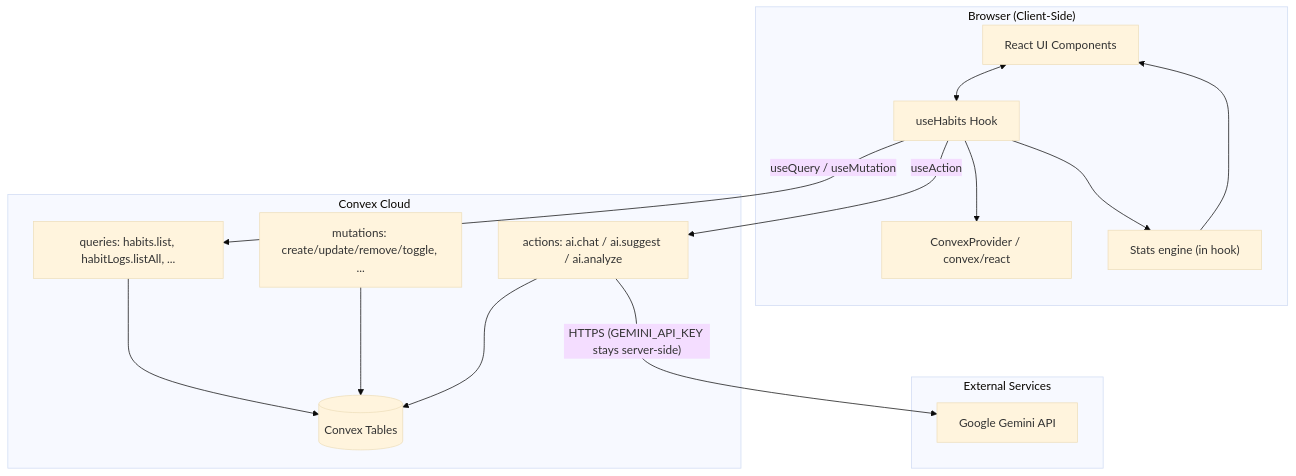
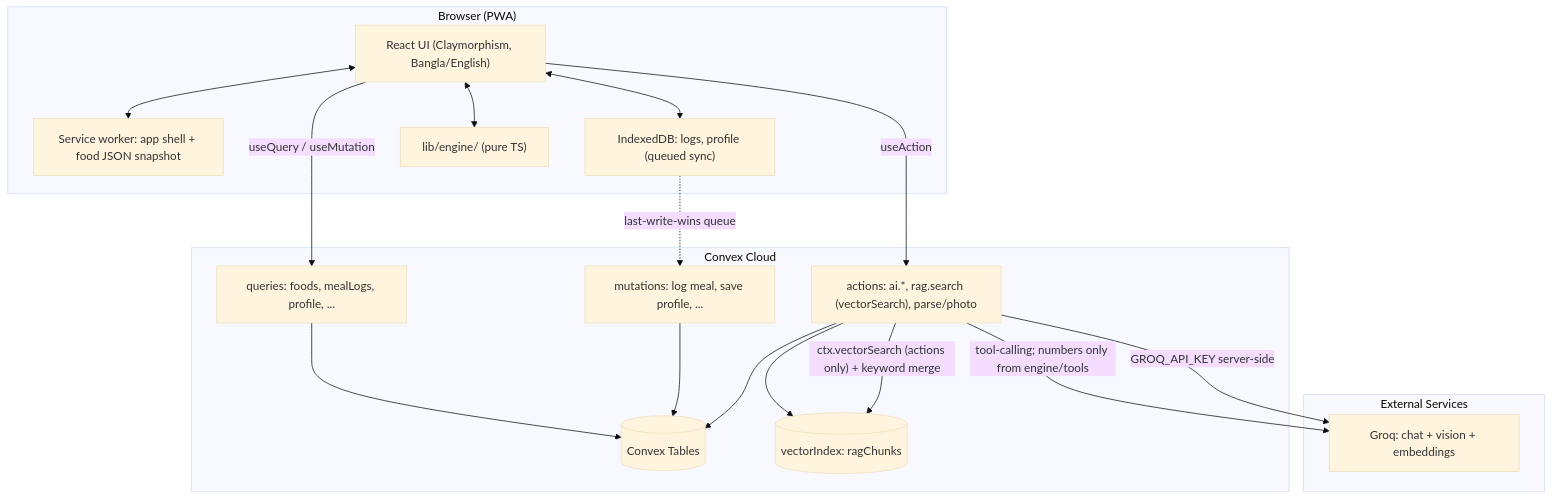
The first of 5 diagrams in docs/ARCHITECTURE.md (Moballig/habitforge), drawn with Mermaid (base theme) before and after one commit. The commit also changed other lines of this file and 5 other files, not shown here.

````diff
--- a/docs/ARCHITECTURE.md
+++ b/docs/ARCHITECTURE.md
@@ -14,33 +14,35 @@
 ```mermaid
 flowchart TB
-    subgraph Client["Browser (Client-Side)"]
-        UI["React UI Components"]
-        Hook["useHabits Hook"]
-        CXP["ConvexProvider / convex/react"]
-        Stats["Stats engine (in hook)"]
-
-        UI <--> Hook
-        Hook --> CXP
-        Hook --> Stats
-        Stats --> UI
+    subgraph Client["Browser (PWA)"]
+        UI["React UI (Claymorphism, Bangla/English)"]
+        SW["Service worker: app shell + food JSON snapshot"]
+        IDB["IndexedDB: logs, profile (queued sync)"]
+        Eng["lib/engine/ (pure TS)"]
+        UI <--> SW
+        UI <--> IDB
+        UI <--> Eng
     end
 
     subgraph Convex["Convex Cloud"]
-        Q["queries: habits.list, habitLogs.listAll, ..."]
-        M["mutations: create/update/remove/toggle, ..."]
-        A["actions: ai.chat / ai.suggest / ai.analyze"]
-        DB[(Convex Tables)]
-
-        Q --> DB
-        M --> DB
-        A --> DB
+        Q["queries: foods, mealLogs, profile, ..."]
+        M["mutations: log meal, save profile, ..."]
+        A["actions: ai.*, rag.search (vectorSearch), parse/photo"]
+        Tables[(Convex Tables)]
+        VI[("vectorIndex: ragChunks")]
+        Q --> Tables
+        M --> Tables
+        A --> Tables
+        A --> VI
     end
 
     subgraph External["External Services"]
-        GeminiAPI["Google Gemini API"]
+        GroqAPI["Groq: chat + vision + embeddings"]
     end
 
-    Hook -- "useQuery / useMutation" --> Q
-    Hook -- "useAction" --> A
-    A -- "HTTPS (GEMINI_API_KEY stays server-side)" --> GeminiAPI
+    UI -- "useQuery / useMutation" --> Q
+    UI -- "useAction" --> A
+    A -- "ctx.vectorSearch (actions only) + keyword merge" --> VI
+    A -- "tool-calling; numbers only from engine/tools" --> GroqAPI
+    A -- "GROQ_API_KEY server-side" --> GroqAPI
+    IDB -. "last-write-wins queue" .-> M
 ```
````
